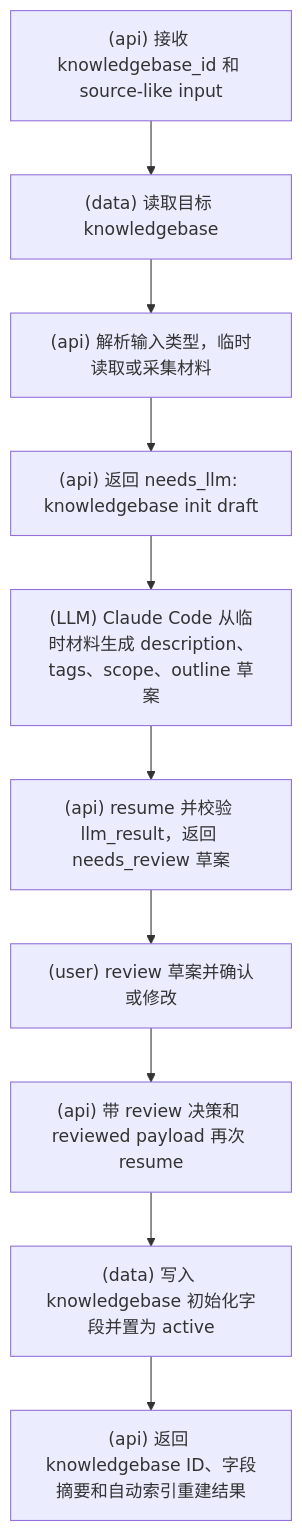
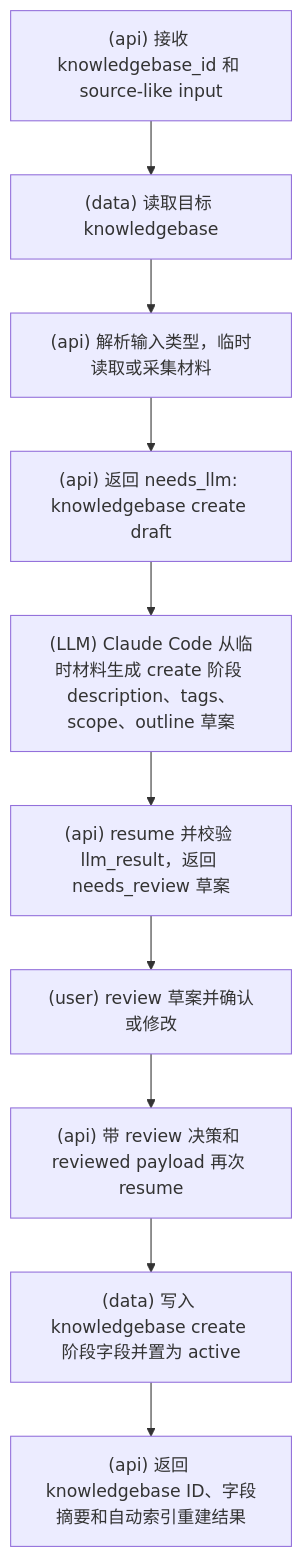
Diagram 13 of 19 in docs/流程图.md (srangerme/KBManager), drawn with Mermaid before and after one commit. The commit also changed other lines of this file and 19 other files, not shown here.

````diff
--- a/docs/流程图.md
+++ b/docs/流程图.md
@@ -178,12 +178,12 @@
 ```mermaid
 flowchart TD
   A["(api) 接收 knowledgebase_id 和 source-like input"] --> B["(data) 读取目标 knowledgebase"]
   B --> C["(api) 解析输入类型，临时读取或采集材料"]
-  C --> D["(api) 返回 needs_llm: knowledgebase init draft"]
-  D --> E["(LLM) Claude Code 从临时材料生成 description、tags、scope、outline 草案"]
+  C --> D["(api) 返回 needs_llm: knowledgebase create draft"]
+  D --> E["(LLM) Claude Code 从临时材料生成 create 阶段 description、tags、scope、outline 草案"]
   E --> F["(api) resume 并校验 llm_result，返回 needs_review 草案"]
   F --> G["(user) review 草案并确认或修改"]
   G --> H["(api) 带 review 决策和 reviewed payload 再次 resume"]
-  H --> I["(data) 写入 knowledgebase 初始化字段并置为 active"]
+  H --> I["(data) 写入 knowledgebase create 阶段字段并置为 active"]
   I --> J["(api) 返回 knowledgebase ID、字段摘要和自动索引重建结果"]
 ```
````
